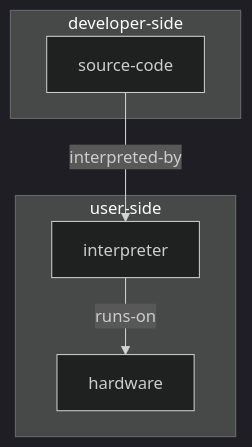
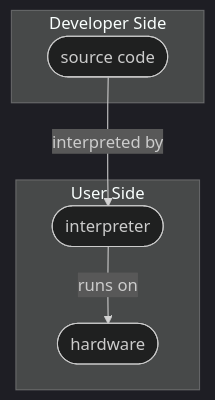
Before and after one commit to Trent-Fellbootman/dev000: the second of 4 diagrams in docs/programming-languages/overview.md, drawn with Mermaid (dark theme). The commit also changed other lines of this file and 3 other files, not shown here.

Commit message:
Update mermaid blocks for better idioms

````diff
--- a/docs/programming-languages/overview.md
+++ b/docs/programming-languages/overview.md
@@ -180,12 +180,12 @@
 ```mermaid
 
 graph TD
 
-    subgraph developer-side
-        source-code
+    subgraph Developer Side
+        S([source code])
     end
 
-    subgraph user-side
-        source-code -->|interpreted-by| interpreter -->|runs-on| hardware
+    subgraph User Side
+        S -->|interpreted by| I([interpreter]) -->|runs on| H([hardware])
     end
 ```
````
